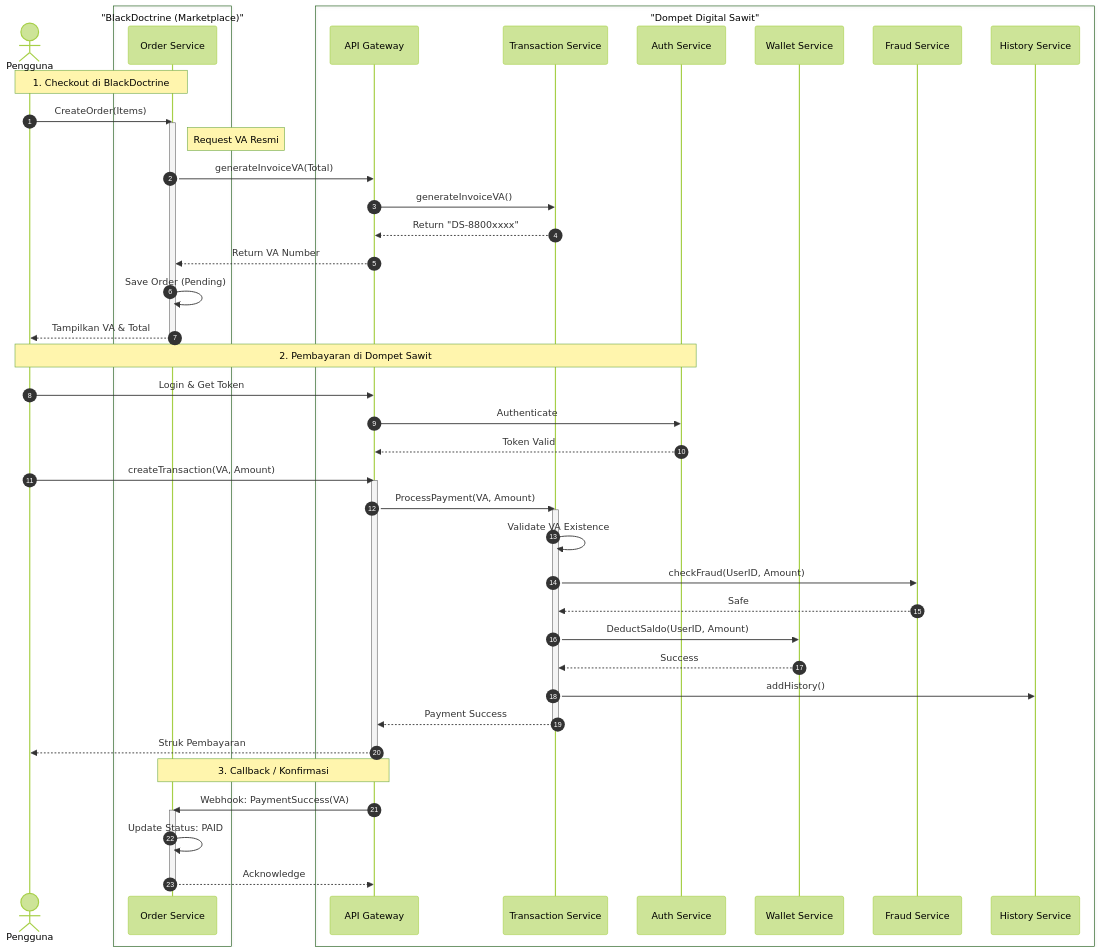
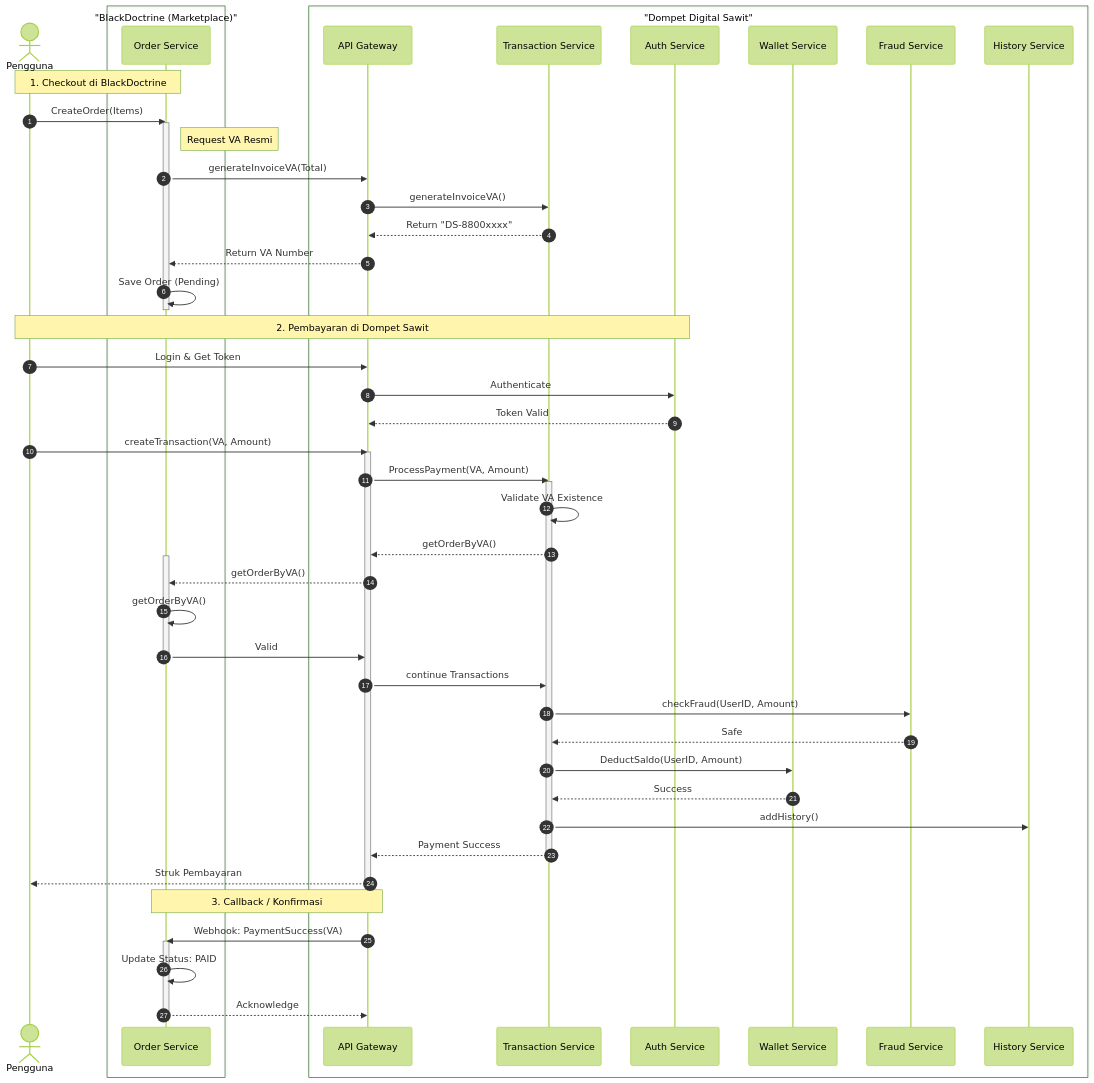
The second of 2 diagrams in readme.md (AAkmalAmran/Project-UAS-IAE_Dompet-Digital-Sawit), drawn with Mermaid (forest theme) before and after one commit.

Commit message:
Remove VA and total display from order process
Removed user display of VA and total from order process.

````diff
--- a/readme.md
+++ b/readme.md
@@ -402,67 +402,73 @@
 ```mermaid
 sequenceDiagram
     autonumber
 
     actor User as Pengguna
     box "BlackDoctrine (Marketplace)" #FFFFFF
         participant Order as Order Service
     end
 
     box "Dompet Digital Sawit" #1E4D2B
         participant Gateway as API Gateway
         participant Trans as Transaction Service
         participant Auth as Auth Service
         participant Wallet as Wallet Service
         participant Fraud as Fraud Service
         participant History as History Service
     end
 
     Note over User, Order: 1. Checkout di BlackDoctrine
 
     User->>Order: CreateOrder(Items)
     activate Order
     
     Note right of Order: Request VA Resmi
     Order->>Gateway: generateInvoiceVA(Total)
     Gateway->>Trans: generateInvoiceVA()
     Trans-->>Gateway: Return "DS-8800xxxx"
     Gateway-->>Order: Return VA Number
     
     Order->>Order: Save Order (Pending)
-    Order-->>User: Tampilkan VA & Total
     deactivate Order
 
     Note over User, Auth: 2. Pembayaran di Dompet Sawit
 
     User->>Gateway: Login & Get Token
     Gateway->>Auth: Authenticate
     Auth-->>Gateway: Token Valid
 
     User->>Gateway: createTransaction(VA, Amount)
     activate Gateway
     Gateway->>Trans: ProcessPayment(VA, Amount)
     activate Trans
 
         Trans->>Trans: Validate VA Existence
+        Trans-->>Gateway: getOrderByVA()
+        activate Order
+        Gateway-->>Order: getOrderByVA()
+        Order->>Order: getOrderByVA()
+        Order->>Gateway: Valid
+        deactivate Order
+        Gateway->>Trans: continue Transactions
         
         Trans->>Fraud: checkFraud(UserID, Amount)
         Fraud-->>Trans: Safe
 
         Trans->>Wallet: DeductSaldo(UserID, Amount)
         Wallet-->>Trans: Success
 
         Trans->>History: addHistory()
 
     Trans-->>Gateway: Payment Success
     deactivate Trans
     Gateway-->>User: Struk Pembayaran
     deactivate Gateway
 
     Note over Gateway, Order: 3. Callback / Konfirmasi
 
     Gateway->>Order: Webhook: PaymentSuccess(VA)
     activate Order
     Order->>Order: Update Status: PAID
     Order-->>Gateway: Acknowledge
     deactivate Order
 ```
````
